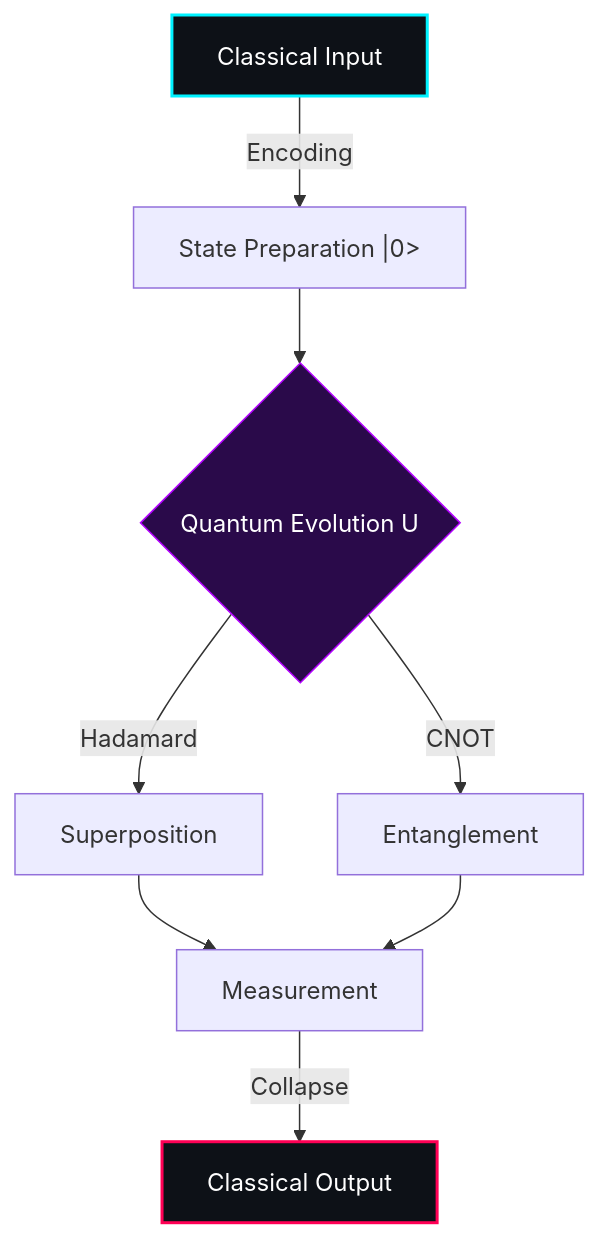
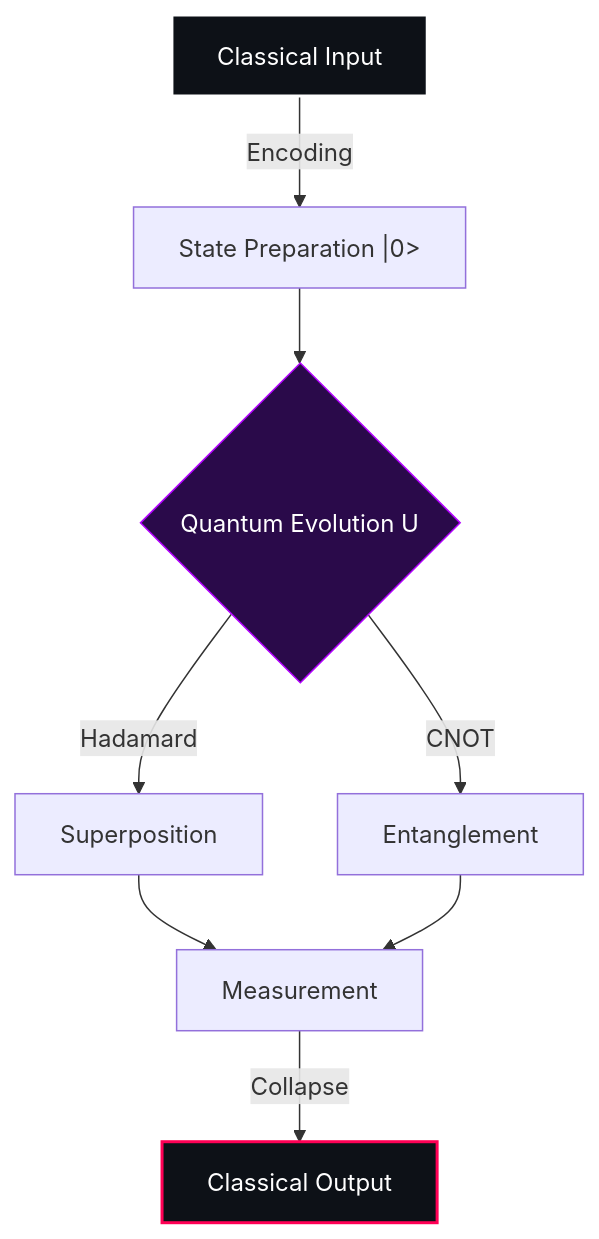
The diagram in README.md (aghasyedi/aghasyedi), drawn with Mermaid before and after one commit. The commit also changed other lines of this file, not shown here.

````diff
--- a/README.md
+++ b/README.md
@@ -158,15 +158,15 @@
 ```mermaid
 graph TB
     A[Classical Input] -->|Encoding| B["State Preparation |0>"]
     B --> C{Quantum Evolution U}
     C -->|Hadamard| D[Superposition]
     C -->|CNOT| E[Entanglement]
     D --> F[Measurement]
     E --> F
     F -->|Collapse| G[Classical Output]
 
-    style A fill:#0d1117,stroke:#00f2ff,stroke-width:2px,color:#fff
+    style A fill:#0d1117,stroke:#ffffff,stroke-width:2px,color:#fff
     style G fill:#0d1117,stroke:#ff0055,stroke-width:2px,color:#fff
     style C fill:#2a0a4a,stroke:#b300ff,color:#fff
 
 ```
````
